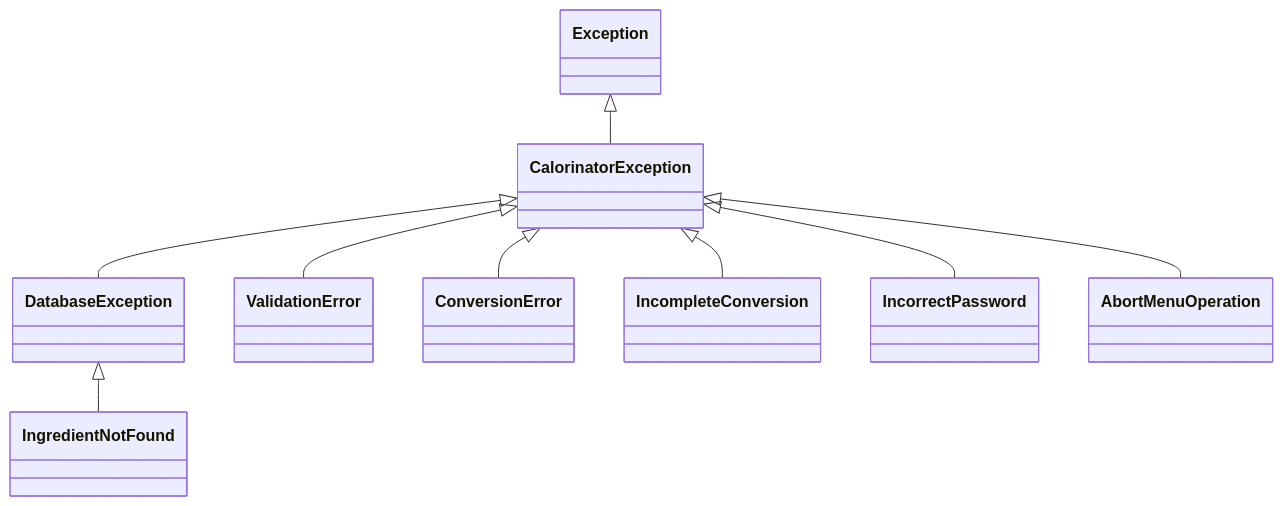
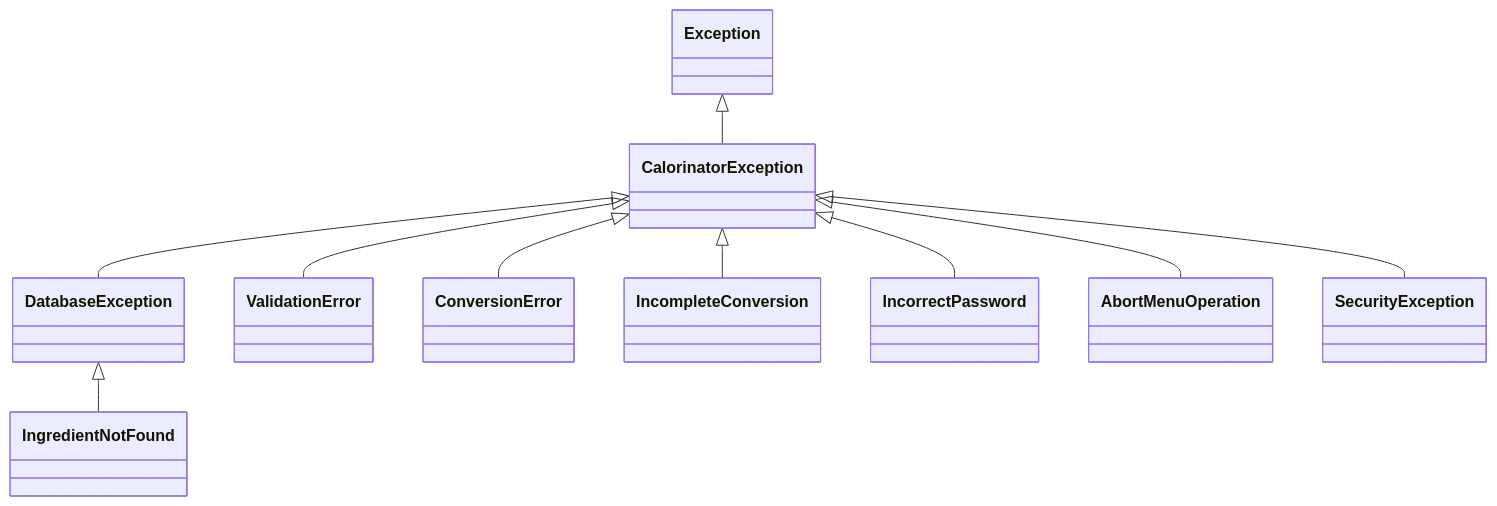
Before and after one commit to MarkusOttela/ot-harjoitustyo: the second of 2 diagrams in Documentation/08 - Architecture.md, drawn with Mermaid. The commit also changed 11 other files, not shown here.

````diff
--- a/Documentation/08 - Architecture.md
+++ b/Documentation/08 - Architecture.md
@@ -17,12 +17,13 @@
 ```mermaid
 classDiagram
     
     Exception            <|-- CalorinatorException
     CalorinatorException <|-- DatabaseException 
     DatabaseException    <|-- IngredientNotFound
     CalorinatorException <|-- ValidationError 
     CalorinatorException <|-- ConversionError 
     CalorinatorException <|-- IncompleteConversion 
     CalorinatorException <|-- IncorrectPassword 
     CalorinatorException <|-- AbortMenuOperation 
+    CalorinatorException <|-- SecurityException 
 ```
````
